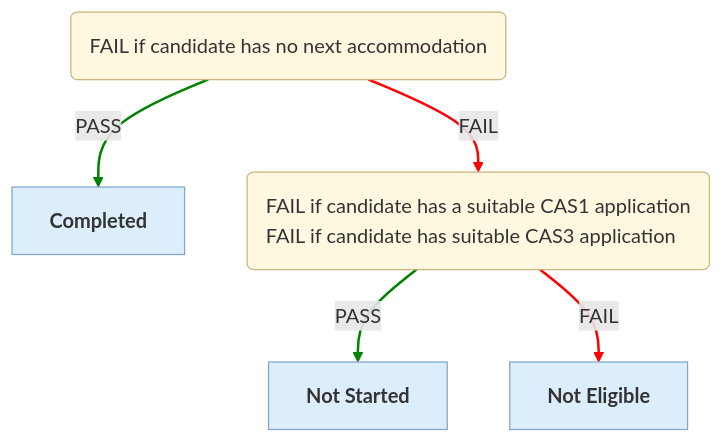
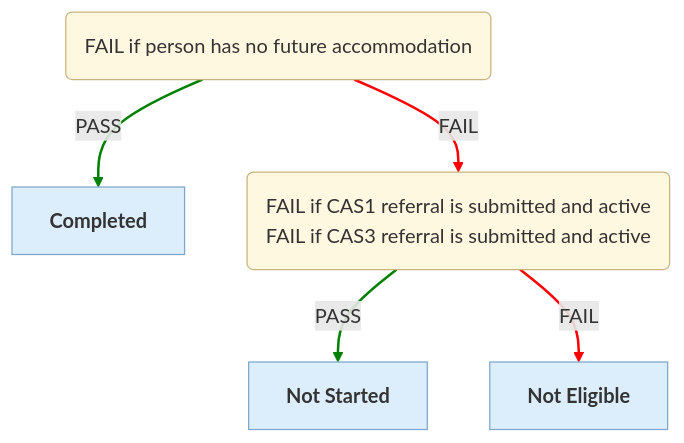
Before and after one commit to ministryofjustice/hmpps-single-accommodation-service-api: the sixth of 6 diagrams in docs/eligibility-rules-graph.md, drawn with Mermaid. The commit also changed other lines of this file and 275 other files, not shown here.

````diff
--- a/docs/eligibility-rules-graph.md
+++ b/docs/eligibility-rules-graph.md
@@ -564,21 +564,21 @@
 ```mermaid
 %%{init: {"flowchart": {"wrappingWidth": 800}}}%%
 flowchart TD
-  Completion("<div style='text-align:left'>FAIL if candidate has no next accommodation</div>")
+  Has_Next_Accommodation("<div style='text-align:left'>FAIL if person has no future accommodation</div>")
   PA_COMPLETED["<b>Completed</b>"]
-  Eligibility("<div style='text-align:left'>FAIL if candidate has a suitable CAS1 application
-FAIL if candidate has suitable CAS3 application</div>")
+  No_Active_CAS1_Or_CAS3_Referrals("<div style='text-align:left'>FAIL if CAS1 referral is submitted and active
+FAIL if CAS3 referral is submitted and active</div>")
   PA_NOT_STARTED["<b>Not Started</b>"]
   PA_NOT_ELIGIBLE["<b>Not Eligible</b>"]
-  Completion -->|PASS| PA_COMPLETED
-  Eligibility -->|PASS| PA_NOT_STARTED
-  Eligibility -->|FAIL| PA_NOT_ELIGIBLE
-  Completion -->|FAIL| Eligibility
+  Has_Next_Accommodation -->|PASS| PA_COMPLETED
+  No_Active_CAS1_Or_CAS3_Referrals -->|PASS| PA_NOT_STARTED
+  No_Active_CAS1_Or_CAS3_Referrals -->|FAIL| PA_NOT_ELIGIBLE
+  Has_Next_Accommodation -->|FAIL| No_Active_CAS1_Or_CAS3_Referrals
   linkStyle 0,1 stroke:green,stroke-width:2px
   linkStyle 2,3 stroke:red,stroke-width:2px
   classDef ruleSetNode fill:#FFF8E1,stroke:#C9B37E,color:#333
   classDef outcomeNode fill:#DCEEFB,stroke:#7FA7C9,color:#333
   classDef updaterNode fill:#EDE7F6,stroke:#A99BC9,color:#333
-  class Completion,Eligibility ruleSetNode
+  class Has_Next_Accommodation,No_Active_CAS1_Or_CAS3_Referrals ruleSetNode
   class PA_COMPLETED,PA_NOT_STARTED,PA_NOT_ELIGIBLE outcomeNode
 ```
````
